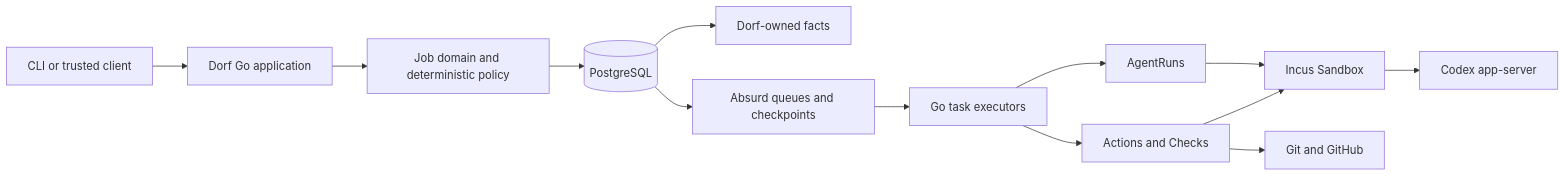
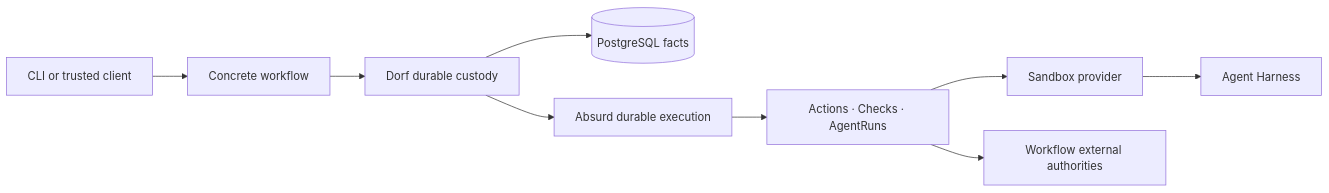
Before and after one commit to aphronio/dorf: the diagram in docs/project/architecture.md, drawn with Mermaid. The commit also changed other lines of this file and 205 other files, not shown here.

First line of the commit message:
Rebuild Dorf as a durable Go + Absurd coding workflow (#93)

````diff
--- a/docs/project/architecture.md
+++ b/docs/project/architecture.md
@@ -18,15 +24,11 @@
 ```mermaid
 flowchart LR
-    Client["CLI or trusted client"] --> App["Dorf Go application"]
-    App --> Domain["Job domain and deterministic policy"]
-    Domain --> PG[("PostgreSQL")]
-    PG --> DorfState["Dorf-owned facts"]
-    PG --> AbsurdState["Absurd queues and checkpoints"]
-    AbsurdState --> Executors["Go task executors"]
-    Executors --> Actions["Actions and Checks"]
-    Executors --> AgentRuns["AgentRuns"]
-    Actions --> Sandbox["Incus Sandbox"]
-    AgentRuns --> Sandbox
-    Actions --> GitHub["Git and GitHub"]
-    Sandbox --> Harness["Codex app-server"]
+    Client["CLI or trusted client"] --> Workflow["Concrete workflow"]
+    Workflow --> Custody["Dorf durable custody"]
+    Custody --> PG[("PostgreSQL facts")]
+    Custody --> Absurd["Absurd durable execution"]
+    Absurd --> Edge["Actions · Checks · AgentRuns"]
+    Edge --> Sandbox["Sandbox provider"]
+    Edge --> External["Workflow external authorities"]
+    Sandbox --> Harness["Agent Harness"]
 ```
````
